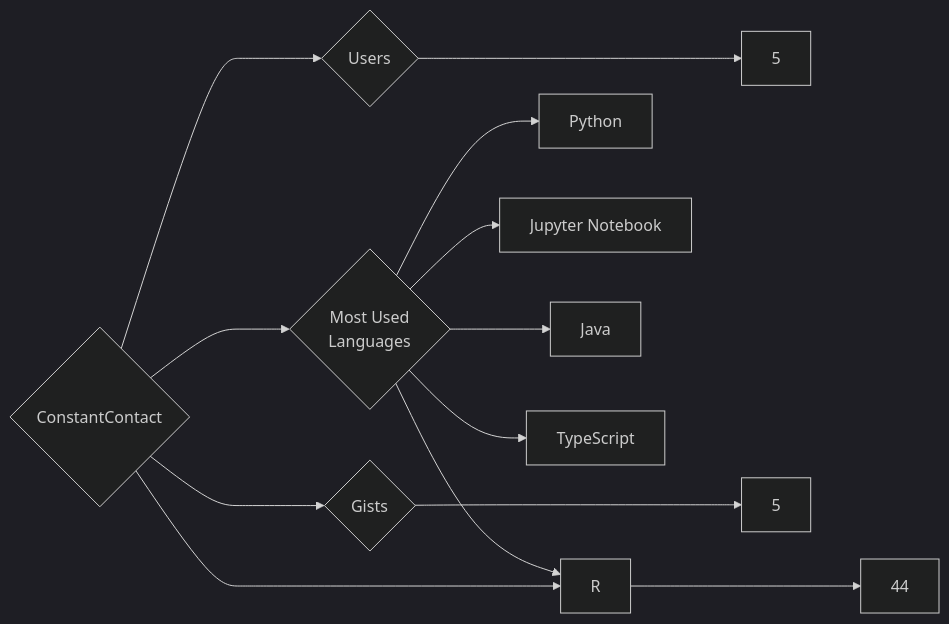
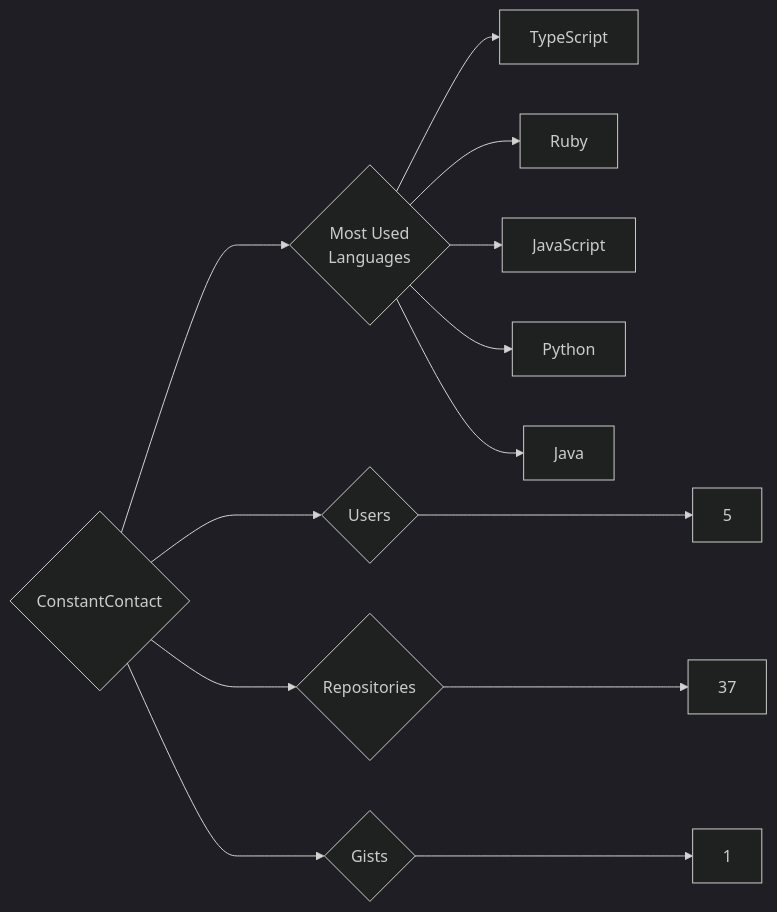
The diagram in targets/ConstantContact/README.md (trickest/insiders), drawn with Mermaid (dark theme) before and after one commit. The commit also changed 1149 other files, not shown here.

````diff
--- a/targets/ConstantContact/README.md
+++ b/targets/ConstantContact/README.md
@@ -3,13 +3,13 @@
 ```mermaid
 graph LR
 COMPANY_NAME{ConstantContact}
 COMPANY_NAME ---> U{Users} ---> UN[5]
-COMPANY_NAME ---> R{Repositories} ---> RN[44]
-COMPANY_NAME ---> G{Gists} ---> GN[5]
+COMPANY_NAME ---> R{Repositories} ---> RN[37]
+COMPANY_NAME ---> G{Gists} ---> GN[1]
 COMPANY_NAME ---> ML{Most Used<br>Languages}
+ML --> TypeScript[TypeScript]
+ML --> Ruby[Ruby]
+ML --> JavaScript[JavaScript]
 ML --> Python[Python]
-ML --> R[R]
-ML --> Jupyter_Notebook[Jupyter Notebook]
 ML --> Java[Java]
-ML --> TypeScript[TypeScript]
 ```
````
